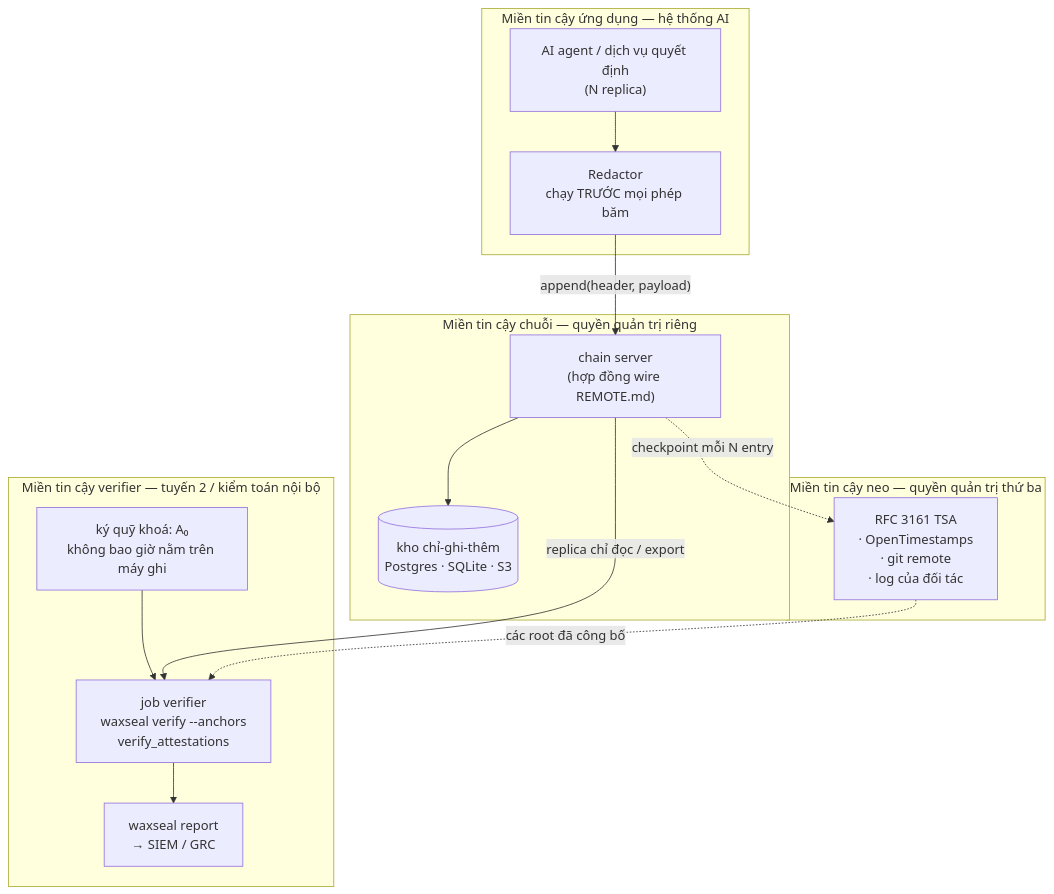
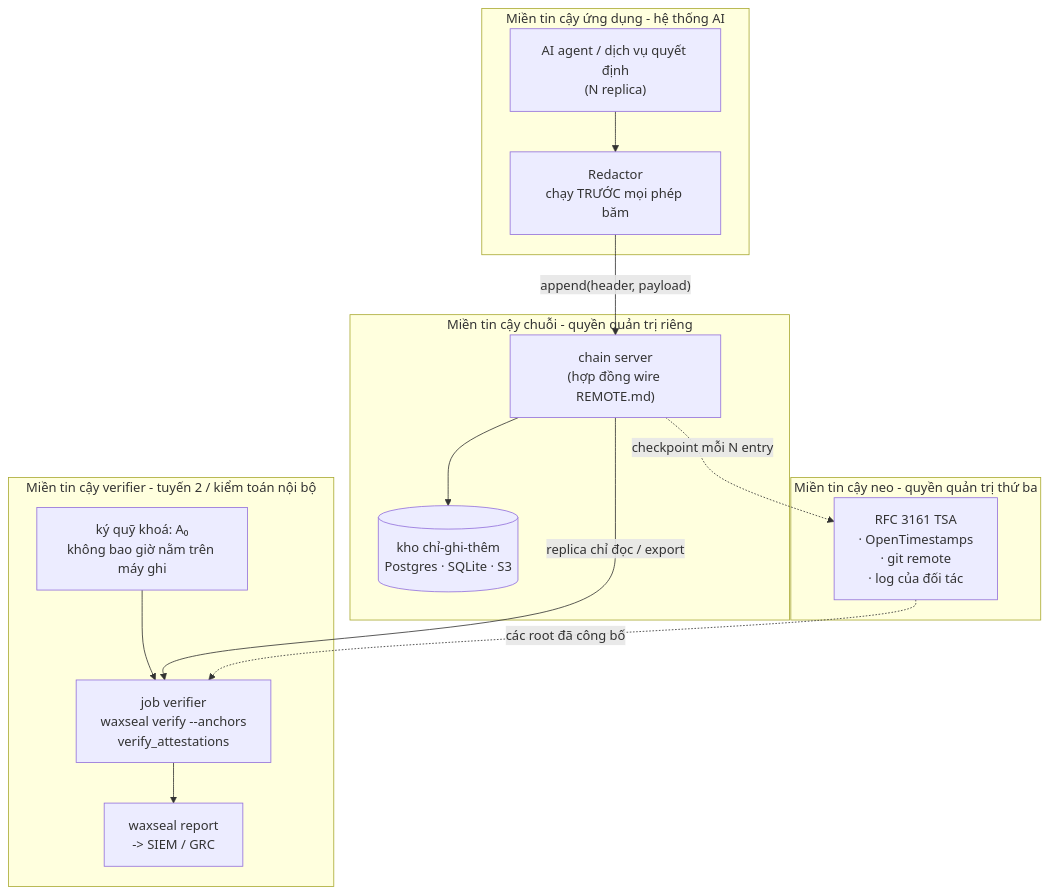
Before and after one commit to cuongbphv/waxseal: the diagram in docs/architecture/deployment.vi.md, drawn with Mermaid. The commit also changed other lines of this file and 8 other files, not shown here.

````diff
--- a/docs/architecture/deployment.vi.md
+++ b/docs/architecture/deployment.vi.md
@@ -21,31 +21,31 @@
 ```mermaid
 flowchart TB
-    subgraph AT["Miền tin cậy ứng dụng — hệ thống AI"]
+    subgraph AT["Miền tin cậy ứng dụng - hệ thống AI"]
         AG["AI agent / dịch vụ quyết định<br/>(N replica)"]
         RD["Redactor<br/>chạy TRƯỚC mọi phép băm"]
         AG --> RD
     end
 
-    subgraph CT["Miền tin cậy chuỗi — quyền quản trị riêng"]
+    subgraph CT["Miền tin cậy chuỗi - quyền quản trị riêng"]
         CS["chain server<br/>(hợp đồng wire REMOTE.md)"]
         DB[("kho chỉ-ghi-thêm<br/>Postgres · SQLite · S3")]
         CS --> DB
     end
 
-    subgraph XT["Miền tin cậy neo — quyền quản trị thứ ba"]
+    subgraph XT["Miền tin cậy neo - quyền quản trị thứ ba"]
         TS["RFC 3161 TSA<br/>· OpenTimestamps<br/>· git remote<br/>· log của đối tác"]
     end
 
-    subgraph VT["Miền tin cậy verifier — tuyến 2 / kiểm toán nội bộ"]
+    subgraph VT["Miền tin cậy verifier - tuyến 2 / kiểm toán nội bộ"]
         KE["ký quỹ khoá: A₀<br/>không bao giờ nằm trên máy ghi"]
         VF["job verifier<br/>waxseal verify --anchors<br/>verify_attestations"]
-        RP["waxseal report<br/>→ SIEM / GRC"]
+        RP["waxseal report<br/>-> SIEM / GRC"]
         KE --> VF
         VF --> RP
     end
 
     RD -->|"append(header, payload)"| CS
     CS -.->|"checkpoint mỗi N entry"| TS
     CS -->|"replica chỉ đọc / export"| VF
     TS -.->|"các root đã công bố"| VF
 ```
````
